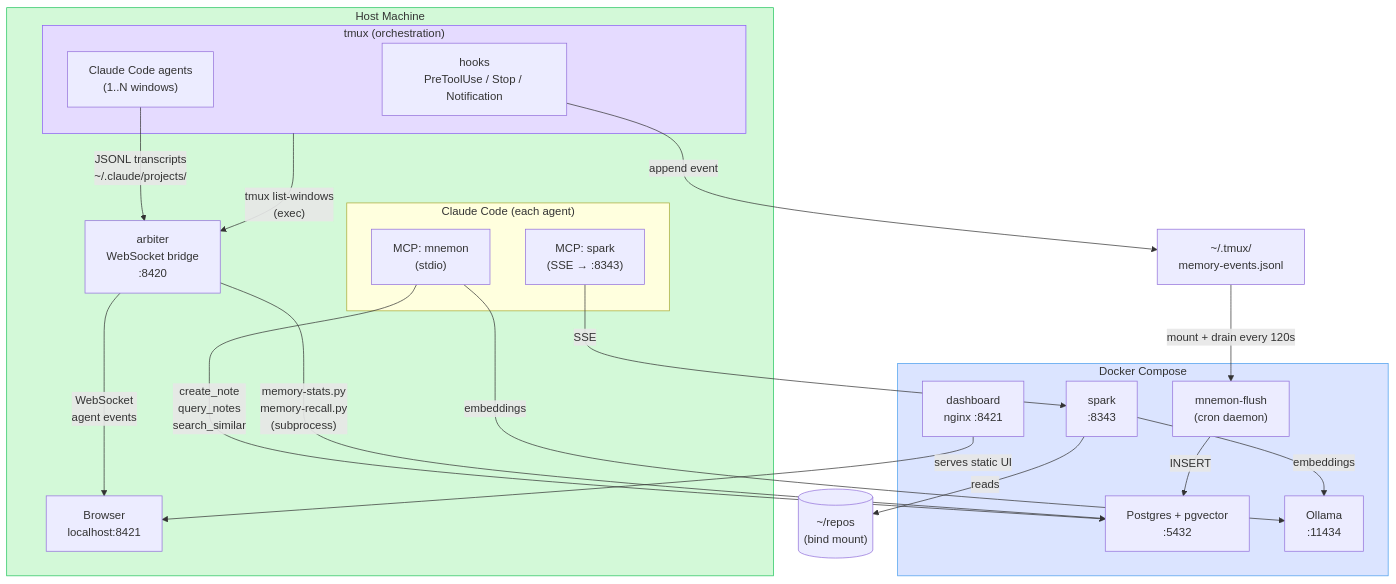
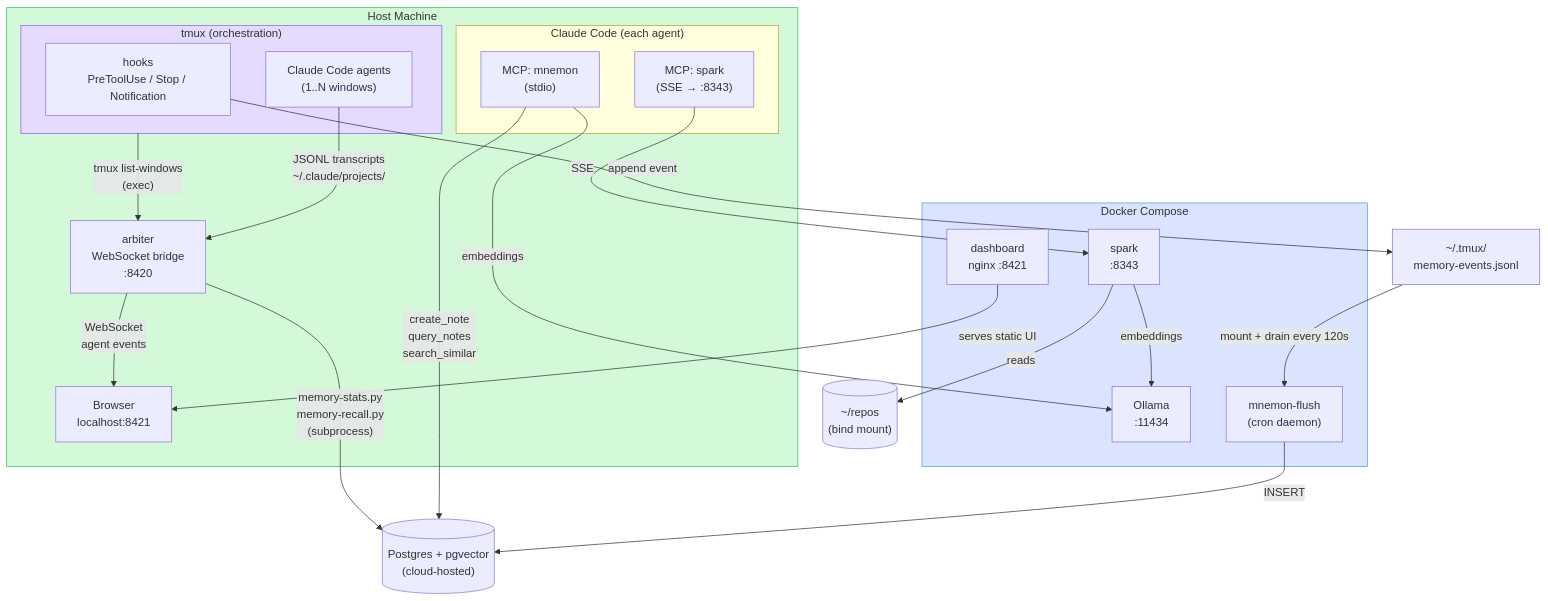
Before and after one commit to persinac/agents-nexus: the diagram in README.md, drawn with Mermaid. The commit also changed other lines of this file and 3 other files, not shown here.

````diff
--- a/README.md
+++ b/README.md
@@ -19,56 +20,57 @@
 ```mermaid
 graph TB
       subgraph host["Host Machine"]
           subgraph tmux["tmux (orchestration)"]
               agents["Claude Code agents\n(1..N windows)"]
               hooks["hooks\nPreToolUse / Stop / Notification"]
           end
 
           arbiter["arbiter\nWebSocket bridge\n:8420"]
           browser["Browser\nlocalhost:8421"]
 
           subgraph claude["Claude Code (each agent)"]
               mcp_mnemon["MCP: mnemon\n(stdio)"]
               mcp_spark["MCP: spark\n(SSE → :8343)"]
           end
       end
 
       subgraph docker["Docker Compose"]
-          postgres["Postgres + pgvector\n:5432"]
           ollama["Ollama\n:11434"]
           spark_svc["spark\n:8343"]
           mnemon_flush["mnemon-flush\n(cron daemon)"]
           dashboard["dashboard\nnginx :8421"]
       end
+
+      postgres[("Postgres + pgvector\n(cloud-hosted)")]
 
       jsonl["~/.tmux/\nmemory-events.jsonl"]
 
       %% hook → jsonl → flush → postgres
       hooks -->|"append event"| jsonl
       jsonl -->|"mount + drain every 120s"| mnemon_flush
       mnemon_flush -->|"INSERT"| postgres
 
       %% MCP mnemon (stdio) → postgres
       mcp_mnemon -->|"create_note\nquery_notes\nsearch_similar"| postgres
       mcp_mnemon -->|"embeddings"| ollama
 
       %% MCP spark → spark container
       mcp_spark -->|"SSE"| spark_svc
       spark_svc -->|"embeddings"| ollama
       spark_svc -->|"reads"| repos[("~/repos\n(bind mount)")]
 
       %% arbiter ↔ tmux + transcripts
       agents -->|"JSONL transcripts\n~/.claude/projects/"| arbiter
       tmux -->|"tmux list-windows\n(exec)"| arbiter
 
       %% arbiter → dashboard browser
       arbiter -->|"WebSocket\nagent events"| browser
       dashboard -->|"serves static UI"| browser
 
       %% arbiter → mnemon scripts (subprocess)
       arbiter -->|"memory-stats.py\nmemory-recall.py\n(subprocess)"| postgres
 
       style docker fill:#dbe4ff,stroke:#4a9eed
       style host fill:#d3f9d8,stroke:#22c55e
       style tmux fill:#e5dbff,stroke:#8b5cf6
 ```
````
